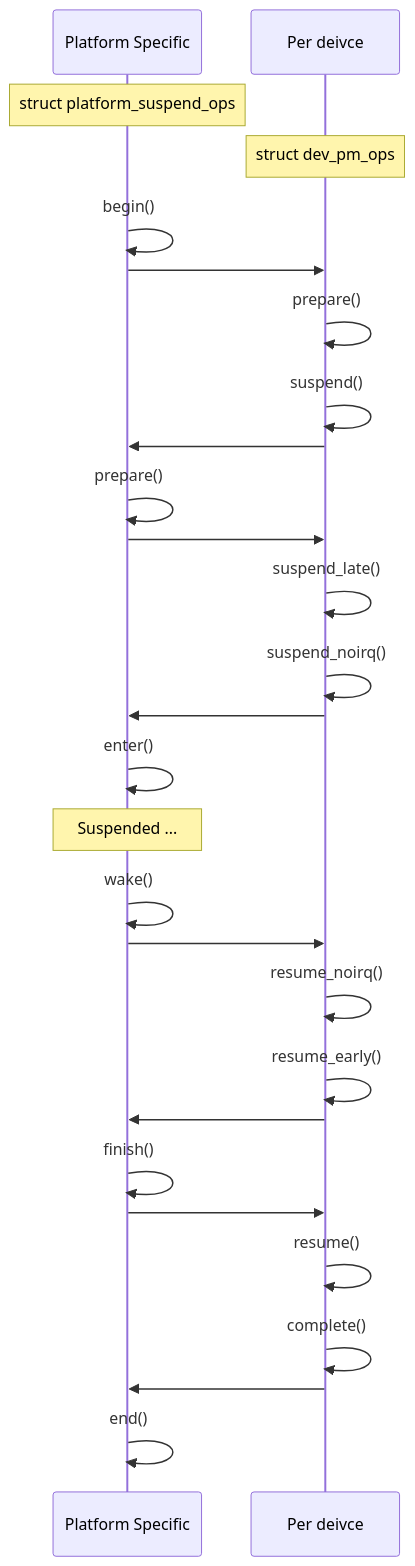
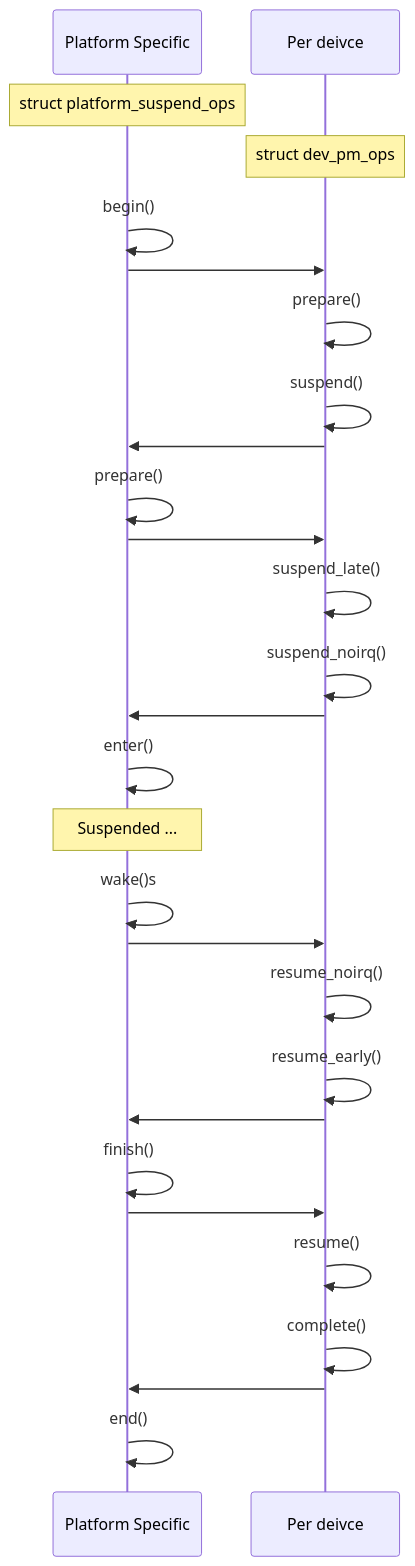
One commit to EmbeddedOS/embeddedos.github.io changed the diagram in _posts/2026-06-28-linux-runtime-pm-architecture.md. Above: the diagram before and after it, drawn with Mermaid. The commit also changed other lines of this file, not shown here.

````diff
--- a/_posts/2026-06-28-linux-runtime-pm-architecture.md
+++ b/_posts/2026-06-28-linux-runtime-pm-architecture.md
@@ -41,30 +43,30 @@
 ```mermaid
 sequenceDiagram
     participant PL as Platform Specific
     participant DEV as Per deivce
     Note over PL: struct platform_suspend_ops
     Note over DEV: struct dev_pm_ops
     PL->>PL: begin()
     PL->>DEV:
     DEV->>DEV: prepare()
     DEV->>DEV: suspend()
     DEV->>PL:
     PL->>PL: prepare()
     PL->>DEV:
     DEV->>DEV: suspend_late()
     DEV->>DEV: suspend_noirq()
     DEV->>PL:
     PL->>PL: enter()
     Note over PL: Suspended ...
-    PL->>PL: wake()
+    PL->>PL: wake()s
     PL->>DEV:
     DEV->>DEV: resume_noirq()
     DEV->>DEV: resume_early()
     DEV->>PL:
     PL->>PL: finish()
     PL->>DEV:
     DEV->>DEV: resume()
     DEV->>DEV: complete()
     DEV->>PL:
     PL->>PL: end()
 ```
````
